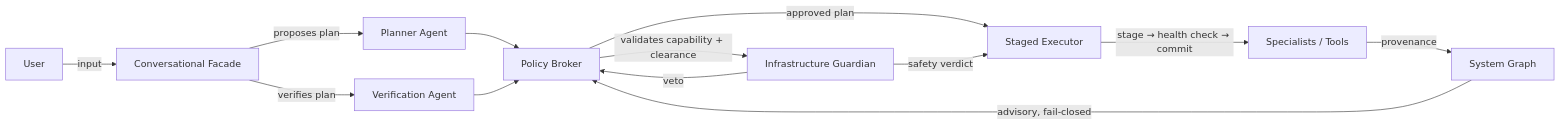
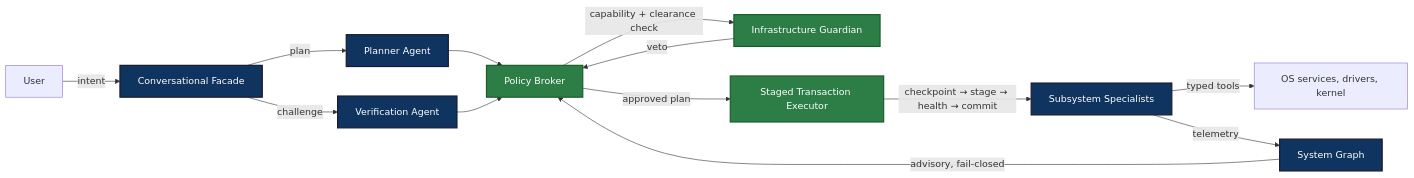
Before and after one commit to cse-creative-systems-engineering/aios: the diagram in README.md, drawn with Mermaid. The commit also changed other lines of this file, not shown here.

````diff
--- a/README.md
+++ b/README.md
@@ -27,19 +117,20 @@
 ```mermaid
 flowchart LR
-    U[User] -->|input| F[Conversational Facade]
-    F -->|proposes plan| P[Planner Agent]
-    F -->|verifies plan| V[Verification Agent]
-
+    U[User] -->|intent| F[Conversational Facade]
+    F -->|plan| P[Planner Agent]
+    F -->|challenge| V[Verification Agent]
     P --> B[Policy Broker]
     V --> B
+    B -->|capability + clearance check| G[Infrastructure Guardian]
+    G -->|veto| B
+    B -->|approved plan| E[Staged Transaction Executor]
+    E -->|checkpoint → stage → health → commit| S[Subsystem Specialists]
+    S -->|typed tools| OS[OS services, drivers, kernel]
+    S -->|telemetry| SG[System Graph]
+    SG -->|advisory, fail-closed| B
 
-    B -->|validates capability + clearance| G[Infrastructure Guardian]
-    G -->|veto| B
-
-    B -->|approved plan| E[Staged Executor]
-    G -->|safety verdict| E
-
-    E -->|stage → health check → commit| T[Specialists / Tools]
-    T -->|provenance| SG[System Graph]
-    SG -->|advisory, fail-closed| B
+    classDef plane fill:#0f3460,color:#fff,stroke:#1a1a2e,stroke-width:2px
+    classDef enforcement fill:#2d7d46,color:#fff,stroke:#1a5c2e,stroke-width:2px
+    class F,P,V,S,SG plane
+    class B,G,E enforcement
 ```
````
